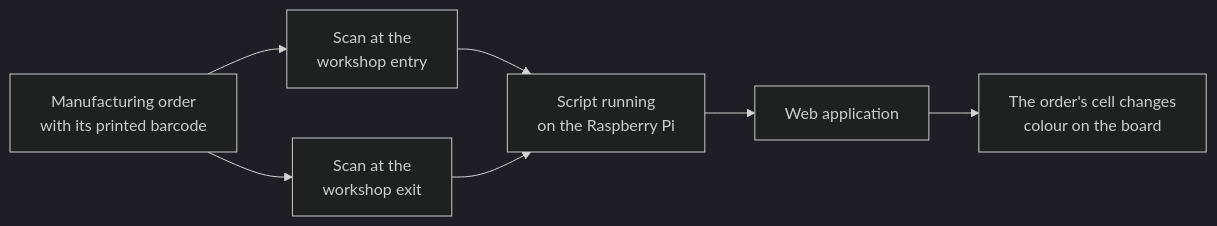
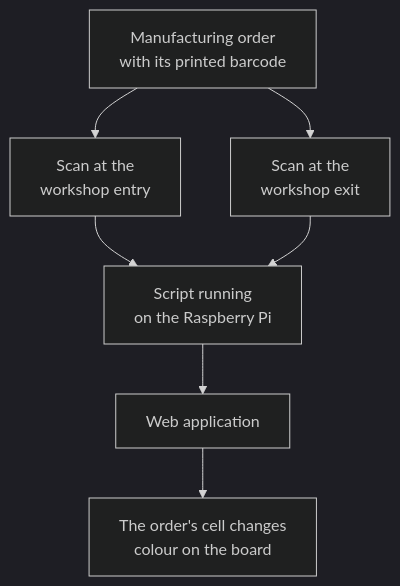
Before and after one commit to Sarraamri/sarraamri.github.io: the diagram in docs/projects/safran-manufacturing.md, drawn with Mermaid (dark theme). The commit also changed 2 other files, not shown here.

Commit message:
Extend the palette to every page and fix admonition styling
Admonition rules now match Material's own specificity (.admonition.note
rather than .note), which they previously lost to, leaving Material's blue
and orange title strips and borders showing through. Title tints removed,
per-type borders mapped to the palette, icons drawn as ink glyphs.

Every page's opening empty-title note now renders as the same dashed
lead-in box as the home page. The two pipeline diagrams switch from LR to
TB, since a wide graph was being scaled down to unreadable.

````diff
--- a/docs/projects/safran-manufacturing.md
+++ b/docs/projects/safran-manufacturing.md
@@ -30,9 +30,9 @@
 ```mermaid
-flowchart LR
+flowchart TB
   order["Manufacturing order<br/>with its printed barcode"] --> entry["Scan at the<br/>workshop entry"]
   order --> exit["Scan at the<br/>workshop exit"]
   entry --> pi["Script running<br/>on the Raspberry Pi"]
   exit --> pi
   pi --> app["Web application"]
   app --> board["The order's cell changes<br/>colour on the board"]
 ```
````
